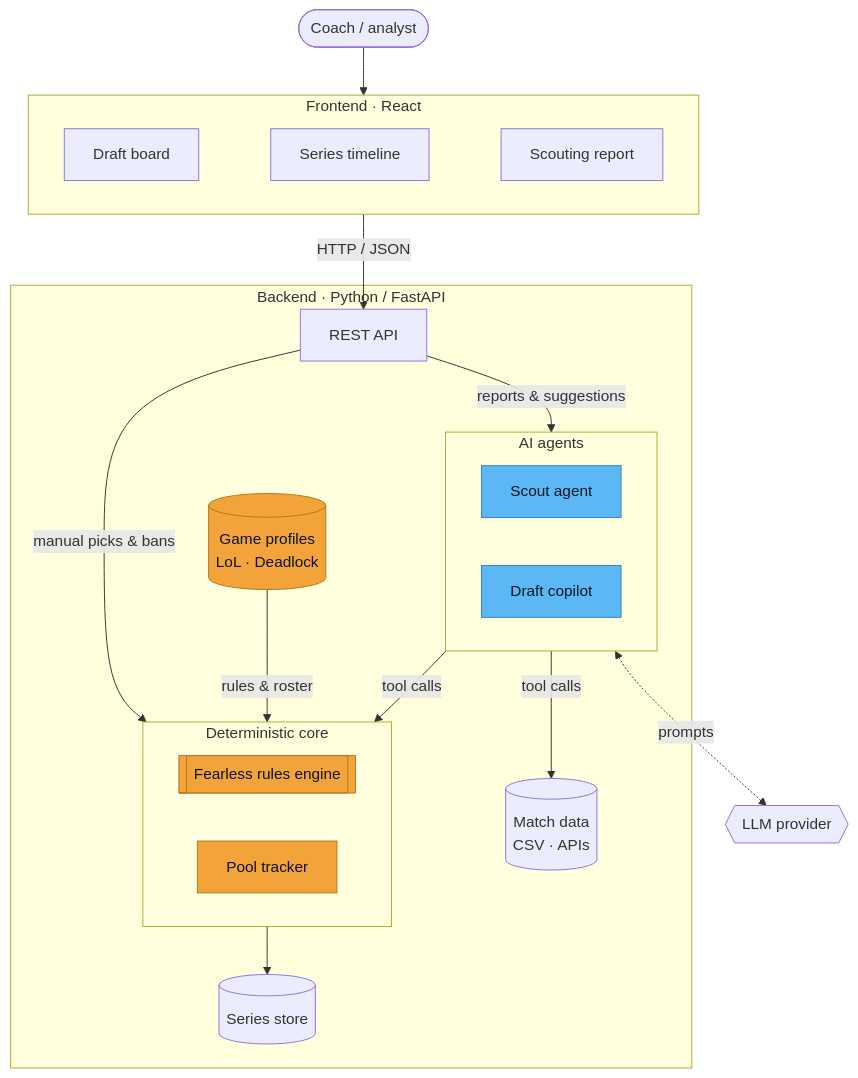
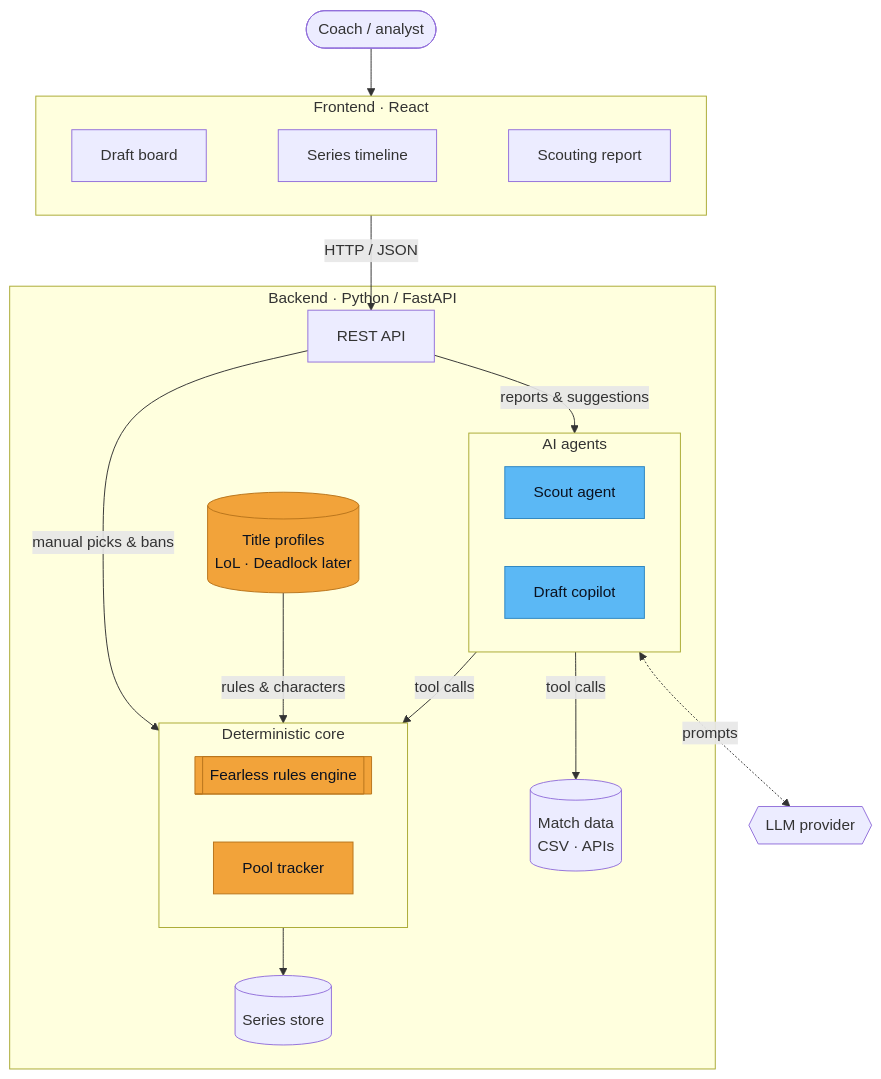
Before and after one commit to thiagocamerato757/Nimbus: the first of 2 diagrams in README.md, drawn with Mermaid. The commit also changed other lines of this file and 43 other files, not shown here.

````diff
--- a/README.md
+++ b/README.md
@@ -61,43 +76,43 @@
 ```mermaid
 flowchart TB
     U(["Coach / analyst"])
 
     subgraph FE["Frontend · React"]
         direction LR
         DB["Draft board"] ~~~ TL["Series timeline"] ~~~ SR["Scouting report"]
     end
 
     subgraph BE["Backend · Python / FastAPI"]
         API["REST API"]
         subgraph CORE["Deterministic core"]
             direction LR
             ENG[["Fearless rules engine"]]
             POOL["Pool tracker"]
         end
-        PROF[("Game profiles<br/>LoL · Deadlock")]
+        PROF[("Title profiles<br/>LoL · Deadlock later")]
         subgraph AG["AI agents"]
             direction LR
             SC["Scout agent"]
             CP["Draft copilot"]
         end
         STORE[("Series store")]
         DATA[("Match data<br/>CSV · APIs")]
     end
 
     LLM{{"LLM provider"}}
 
     U --> FE
     FE -->|"HTTP / JSON"| API
     API -->|"manual picks & bans"| CORE
     API -->|"reports & suggestions"| AG
     AG -->|"tool calls"| CORE
     AG -->|"tool calls"| DATA
     CORE --> STORE
-    PROF -->|"rules & roster"| CORE
+    PROF -->|"rules & characters"| CORE
     AG <-.->|"prompts"| LLM
 
     classDef rules fill:#F2A33A,stroke:#B8741C,color:#0B1220
     classDef ai fill:#5BB8F5,stroke:#2E86C1,color:#0B1220
     class ENG,POOL,PROF rules
     class SC,CP ai
 ```
````
